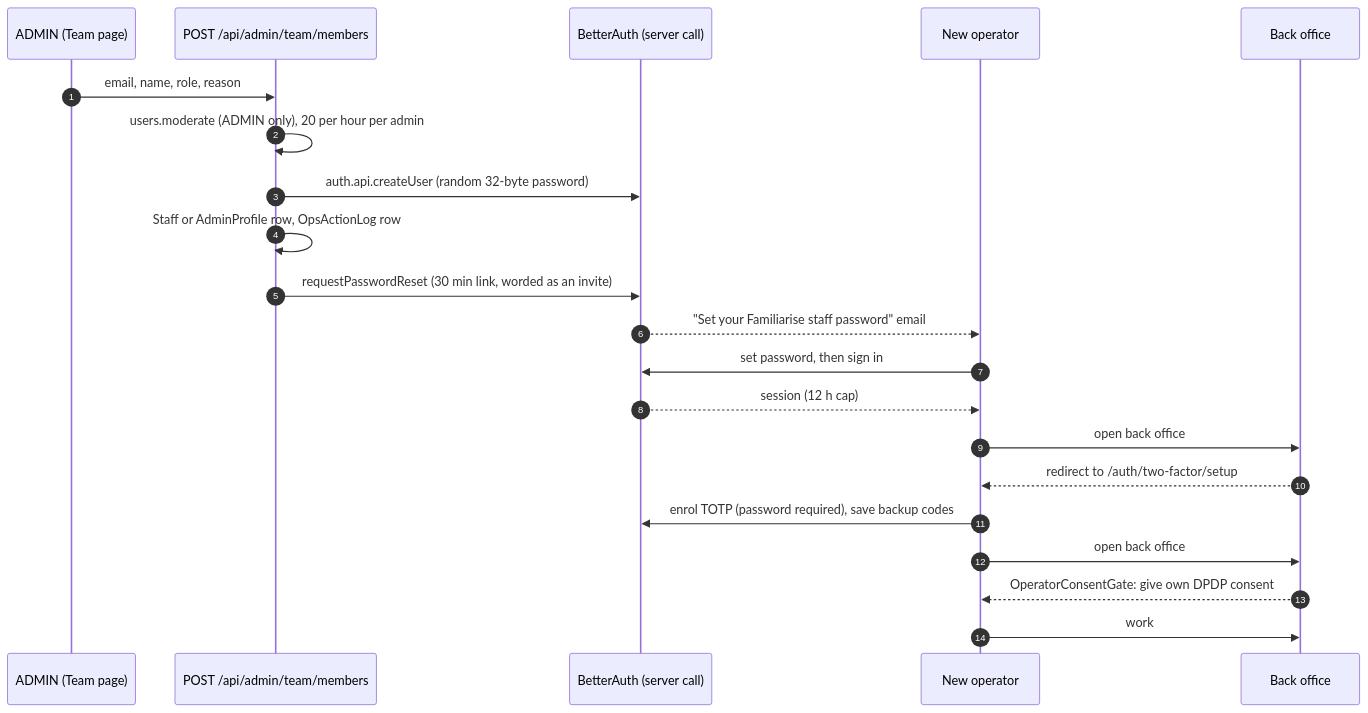
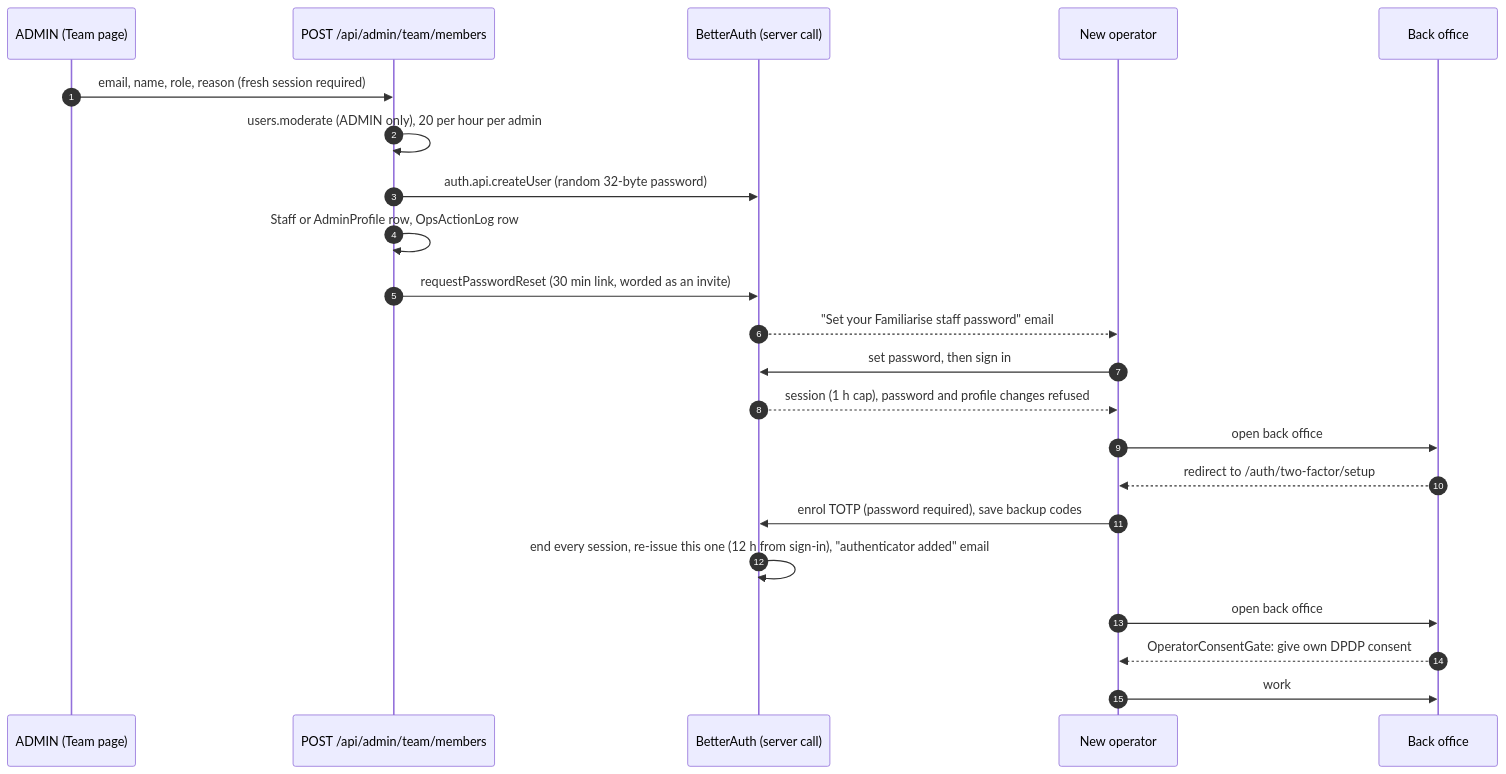
One commit to Practitionist/familiarise_web changed the diagram in docs/authentication/staff-onboarding.md. Above: the diagram before and after it, drawn with Mermaid. The commit also changed other lines of this file and 533 other files, not shown here.

````diff
--- a/docs/authentication/staff-onboarding.md
+++ b/docs/authentication/staff-onboarding.md
@@ -23,24 +24,25 @@
 ```mermaid
 sequenceDiagram
   autonumber
   participant A as ADMIN (Team page)
   participant API as POST /api/admin/team/members
   participant BA as BetterAuth (server call)
   participant S as New operator
   participant BO as Back office
 
-  A->>API: email, name, role, reason
+  A->>API: email, name, role, reason (fresh session required)
   API->>API: users.moderate (ADMIN only), 20 per hour per admin
   API->>BA: auth.api.createUser (random 32-byte password)
   API->>API: Staff or AdminProfile row, OpsActionLog row
   API->>BA: requestPasswordReset (30 min link, worded as an invite)
   BA-->>S: "Set your Familiarise staff password" email
   S->>BA: set password, then sign in
-  BA-->>S: session (12 h cap)
+  BA-->>S: session (1 h cap), password and profile changes refused
   S->>BO: open back office
   BO-->>S: redirect to /auth/two-factor/setup
   S->>BA: enrol TOTP (password required), save backup codes
+  BA->>BA: end every session, re-issue this one (12 h from sign-in), "authenticator added" email
   S->>BO: open back office
   BO-->>S: OperatorConsentGate: give own DPDP consent
   S->>BO: work
 ```
````
